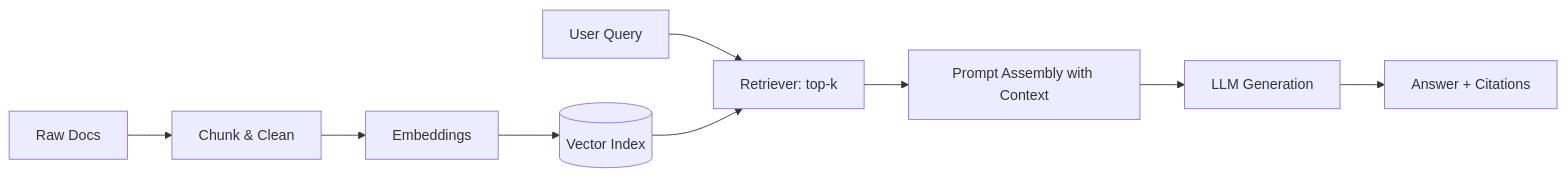
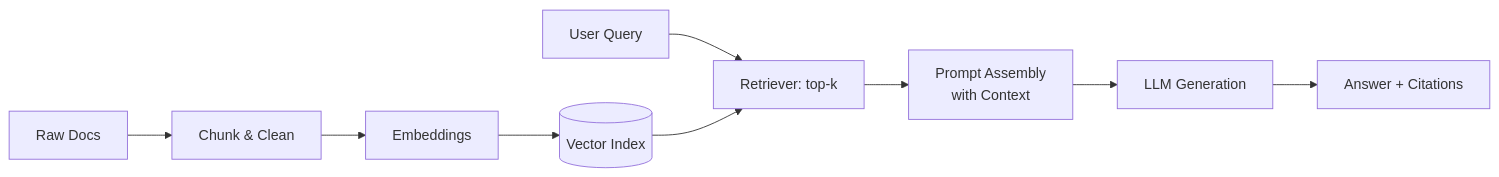
One commit to 4Khan/Oracle-RAG-Apex-Application changed the diagram in README.md. Above: the diagram before and after it, drawn with Mermaid.

````diff
--- a/README.md
+++ b/README.md
@@ -42,12 +42,12 @@
 ```mermaid
 flowchart LR
     A[Raw Docs] --> B[Chunk & Clean]
     B --> C[Embeddings]
     C --> D[(Vector Index)]
     E[User Query] --> F[Retriever: top-k]
     D --> F
-    F --> G[Prompt Assembly with Context]
+    F --> G[Prompt Assembly <br>with Context]
     G --> H[LLM Generation]
     H --> I[Answer + Citations]
 
 ```
````
